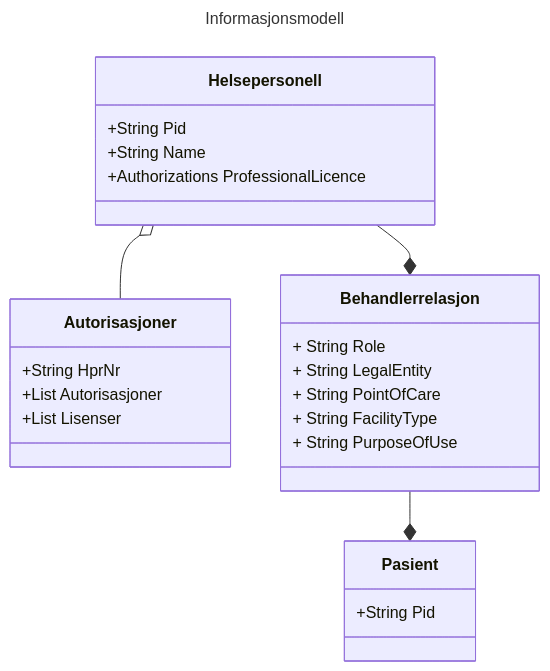
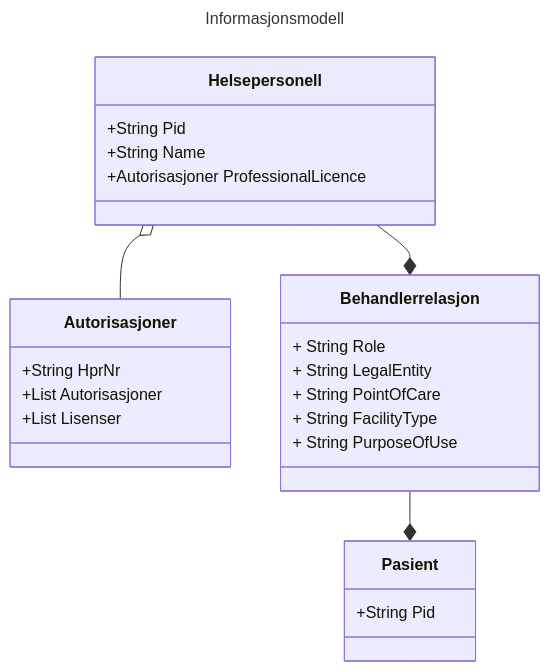
One commit to NorskHelsenett/Tillitsrammeverk changed the diagram in specs/informasjons_og_datamodell.md. Above: the diagram before and after it, drawn with Mermaid.

Commit message:
Viser nå mermaid diagram for informasjonsmodell

````diff
--- a/specs/informasjons_og_datamodell.md
+++ b/specs/informasjons_og_datamodell.md
@@ -107,30 +107,30 @@
 ```mermaid
 ---
 title: Informasjonsmodell
 ---
 classDiagram
     Helsepersonell o-- Autorisasjoner
 	Helsepersonell --* Behandlerrelasjon
 	Behandlerrelasjon --* Pasient
     class Autorisasjoner{
     		+String HprNr
     		+List<String> Autorisasjoner
     		+List<String> Lisenser
     }
     class Helsepersonell{
         +String Pid
         +String Name
-        +Authorizations ProfessionalLicence
+        +Autorisasjoner ProfessionalLicence
     }
     class Behandlerrelasjon{
         + String Role
         + String LegalEntity
         + String PointOfCare
         + String FacilityType
         + String PurposeOfUse
     }
     class Pasient{
         +String Pid
     }
 
 ```
````
